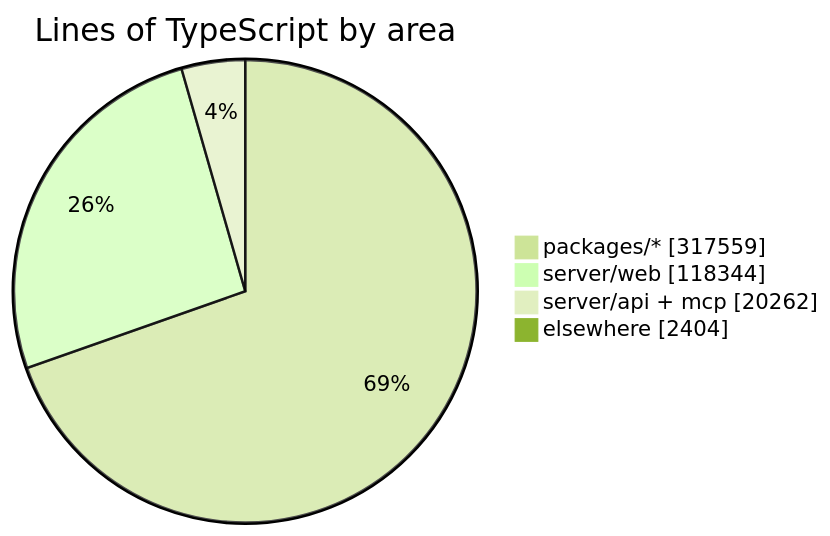
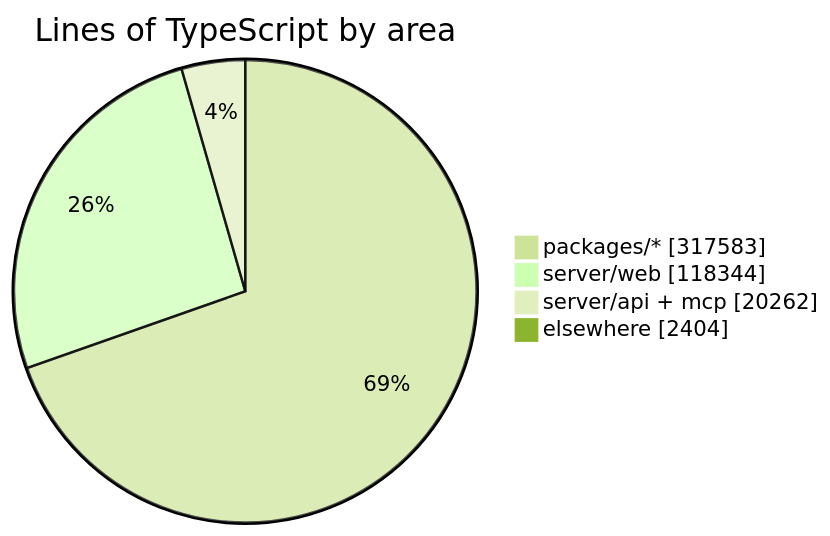
The diagram in README.md (crossworks-engineering/mantle), drawn with Mermaid (forest theme) before and after one commit. The commit also changed other lines of this file and 2 other files, not shown here.

````diff
--- a/README.md
+++ b/README.md
@@ -294,7 +294,7 @@
 ```mermaid
 pie showData title Lines of TypeScript by area
-    "packages/*" : 317559
+    "packages/*" : 317583
     "server/web" : 118344
     "server/api + mcp" : 20262
     "elsewhere" : 2404
 ```
````
